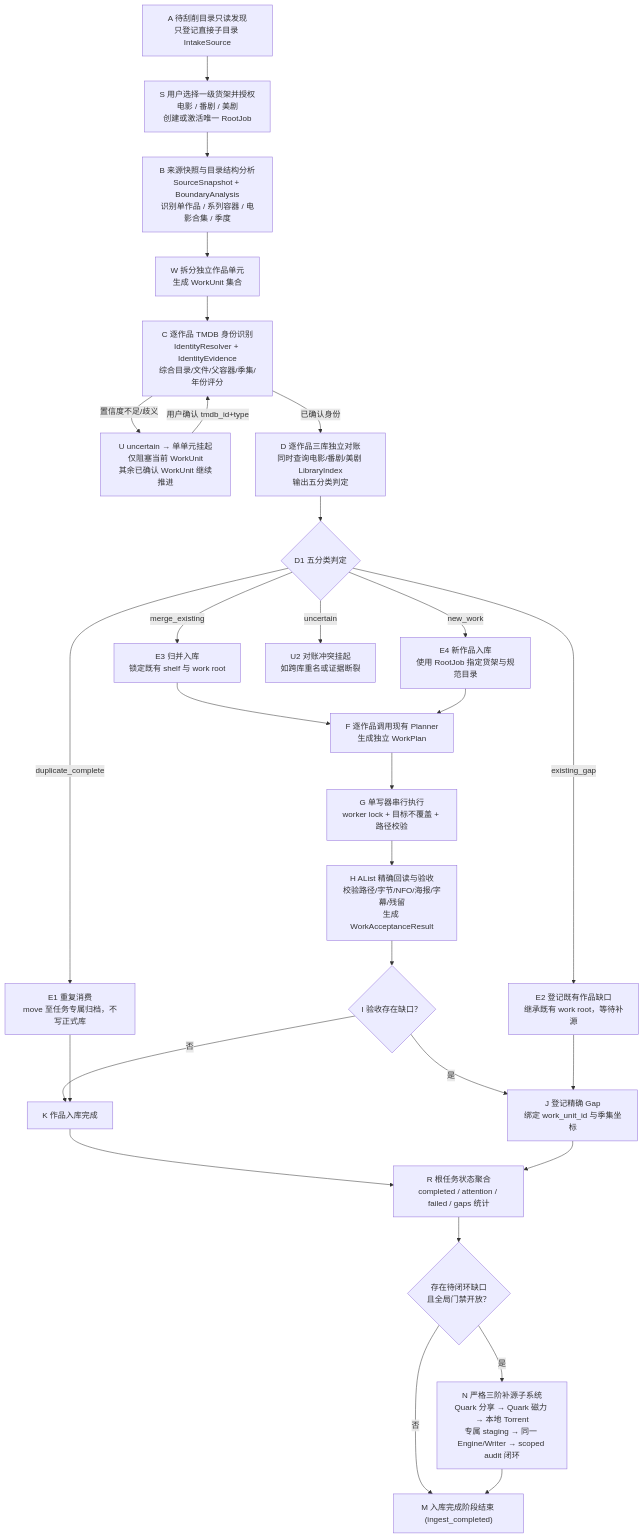
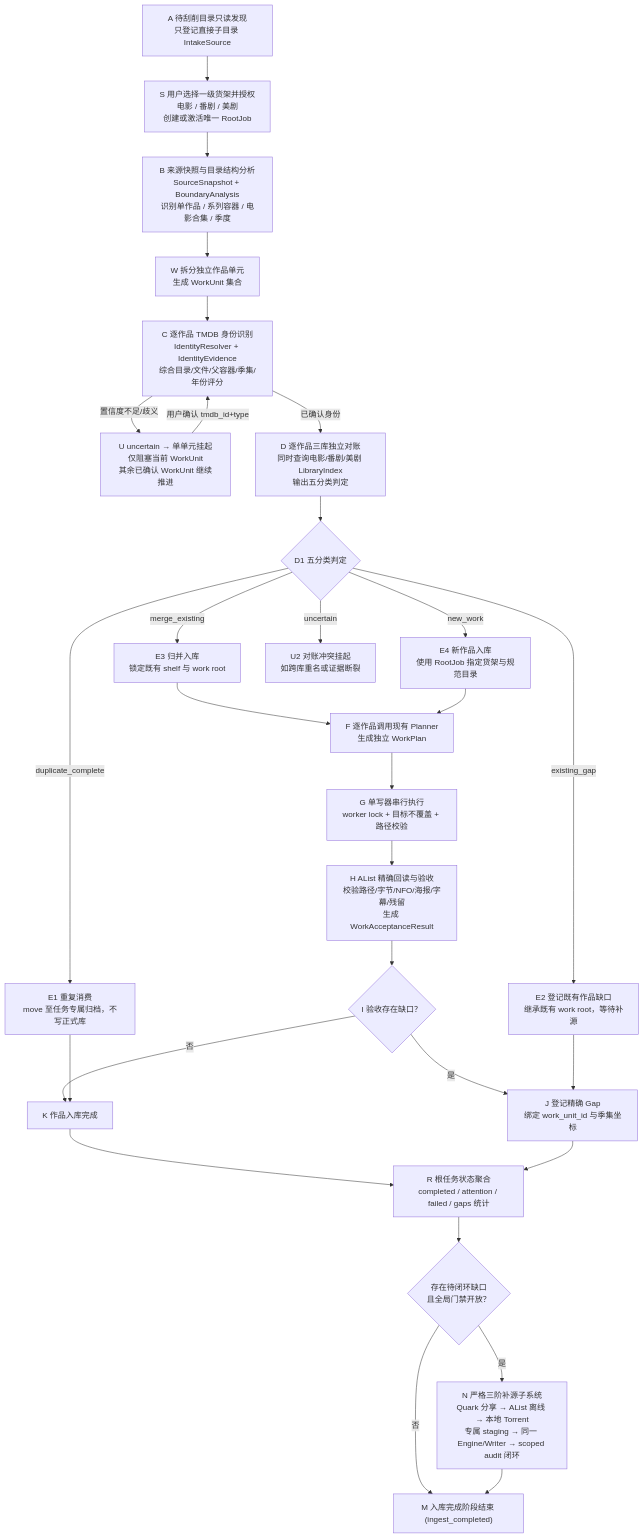
The diagram in AGENTS.md (Niutopia/ScrapeFlow), drawn with Mermaid before and after one commit. The commit also changed other lines of this file and 1 other file, not shown here.

First line of the commit message:
docs: contract P15 - quark_share → alist_offline → magnet tier restructure

````diff
--- a/AGENTS.md
+++ b/AGENTS.md
@@ -83,41 +84,41 @@
 ```mermaid
 flowchart TD
     A["A 待刮削目录只读发现<br/>只登记直接子目录 IntakeSource"] -->
     S["S 用户选择一级货架并授权<br/>电影 / 番剧 / 美剧<br/>创建或激活唯一 RootJob"] -->
     B["B 来源快照与目录结构分析<br/>SourceSnapshot + BoundaryAnalysis<br/>识别单作品 / 系列容器 / 电影合集 / 季度"] -->
     W["W 拆分独立作品单元<br/>生成 WorkUnit 集合"]
 
     W --> C["C 逐作品 TMDB 身份识别<br/>IdentityResolver + IdentityEvidence<br/>综合目录/文件/父容器/季集/年份评分"]
 
     C -->|置信度不足/歧义| U["U uncertain → 单单元挂起<br/>仅阻塞当前 WorkUnit<br/>其余已确认 WorkUnit 继续推进"]
     U -->|用户确认 tmdb_id+type| C
 
     C -->|已确认身份| D["D 逐作品三库独立对账<br/>同时查询电影/番剧/美剧 LibraryIndex<br/>输出五分类判定"]
 
     D --> D1{"D1 五分类判定"}
     D1 -->|duplicate_complete| E1["E1 重复消费<br/>move 至任务专属归档，不写正式库"]
     D1 -->|existing_gap| E2["E2 登记既有作品缺口<br/>继承既有 work root，等待补源"]
     D1 -->|merge_existing| E3["E3 归并入库<br/>锁定既有 shelf 与 work root"]
     D1 -->|new_work| E4["E4 新作品入库<br/>使用 RootJob 指定货架与规范目录"]
     D1 -->|uncertain| U2["U2 对账冲突挂起<br/>如跨库重名或证据断裂"]
 
     E3 --> F["F 逐作品调用现有 Planner<br/>生成独立 WorkPlan"]
     E4 --> F
 
     F --> G["G 单写器串行执行<br/>worker lock + 目标不覆盖 + 路径校验"]
     G --> H["H AList 精确回读与验收<br/>校验路径/字节/NFO/海报/字幕/残留<br/>生成 WorkAcceptanceResult"]
 
     H --> I{"I 验收存在缺口？"}
     I -->|是| J["J 登记精确 Gap<br/>绑定 work_unit_id 与季集坐标"]
     I -->|否| K["K 作品入库完成"]
     E1 --> K
     E2 --> J
 
     K --> R["R 根任务状态聚合<br/>completed / attention / failed / gaps 统计"]
     J --> R
 
     R --> L{"存在待闭环缺口<br/>且全局门禁开放？"}
     L -->|否| M["M 入库完成阶段结束 (ingest_completed)"]
-    L -->|是| N["N 严格三阶补源子系统<br/>Quark 分享 → Quark 磁力 → 本地 Torrent<br/>专属 staging → 同一 Engine/Writer → scoped audit 闭环"]
+    L -->|是| N["N 严格三阶补源子系统<br/>Quark 分享 → AList 离线 → 本地 Torrent<br/>专属 staging → 同一 Engine/Writer → scoped audit 闭环"]
     N --> M
 ```
````
